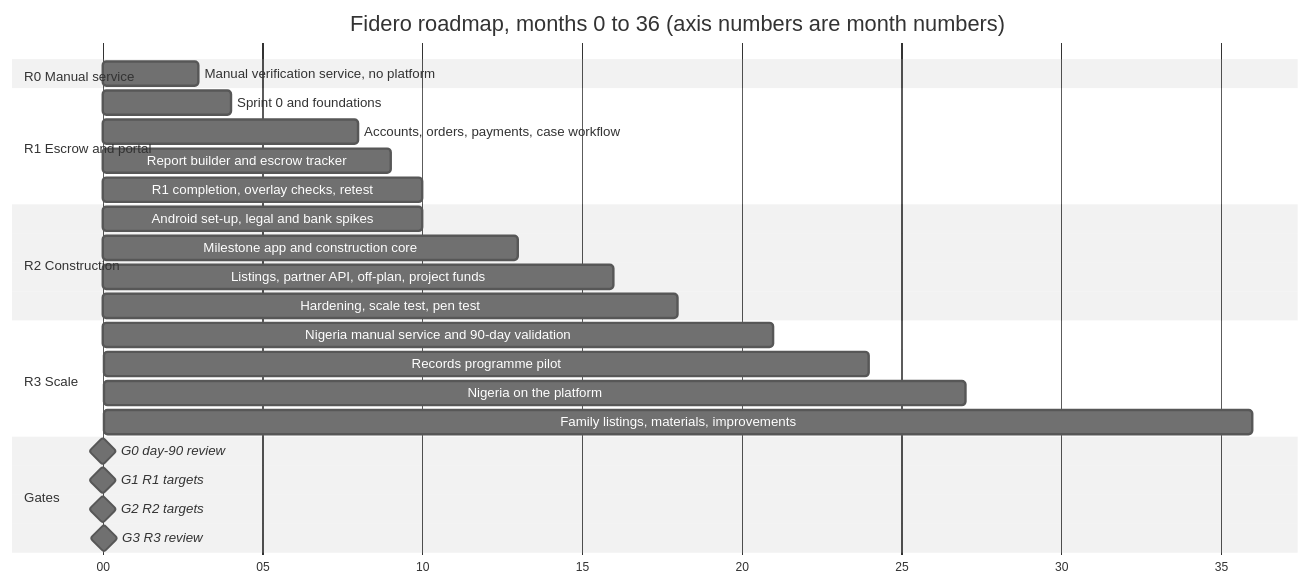
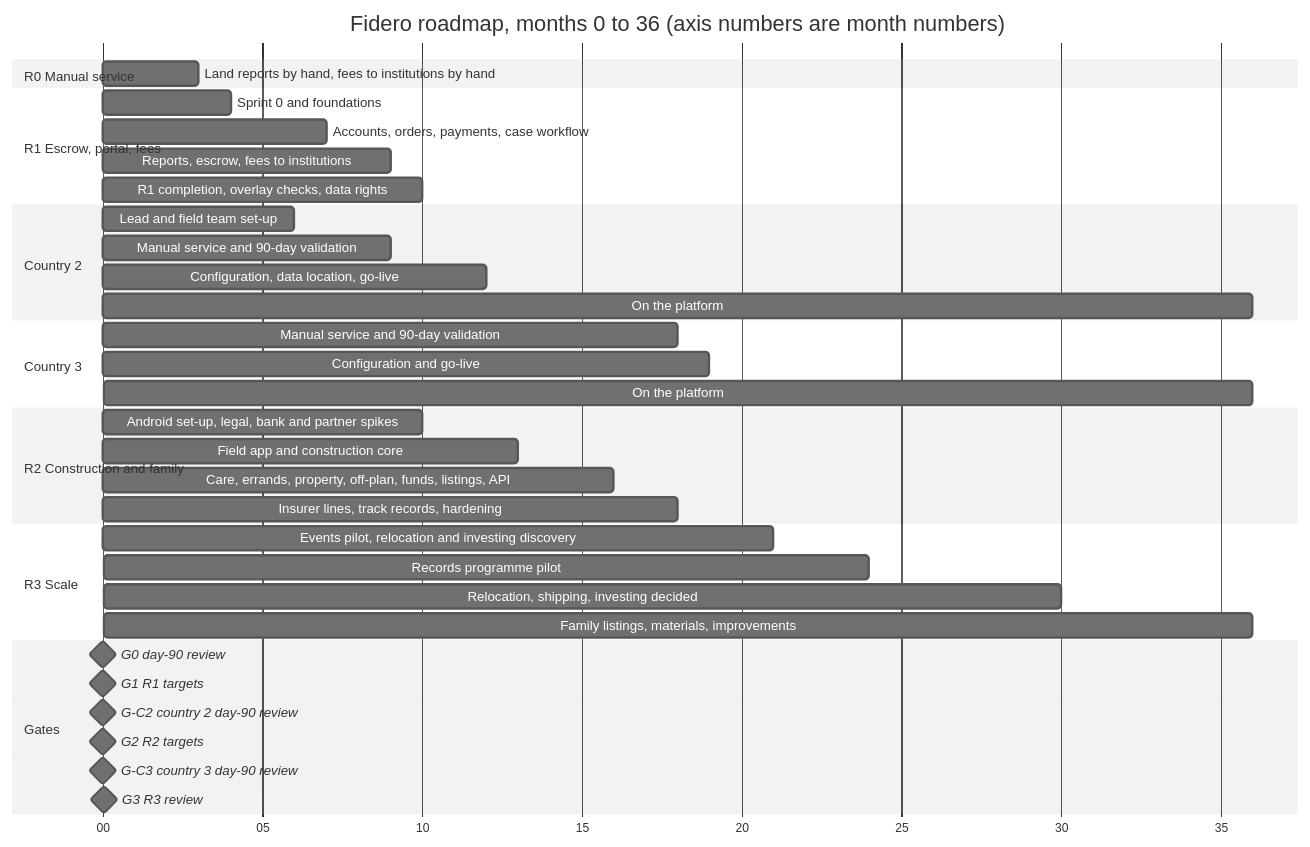
Before and after one commit to 1SteveMens/Fidero: the first of 2 diagrams in docs/specs/04-project-plan-and-backlog.md, drawn with Mermaid (neutral theme). The commit also changed other lines of this file and 1 other file, not shown here.

````diff
--- a/docs/specs/04-project-plan-and-backlog.md
+++ b/docs/specs/04-project-plan-and-backlog.md
@@ -108,29 +112,40 @@
 ```mermaid
 gantt
     title Fidero roadmap, months 0 to 36 (axis numbers are month numbers)
     dateFormat X
     axisFormat %S
     todayMarker off
     section R0 Manual service
-    Manual verification service, no platform       :r0, 0, 3
-    section R1 Escrow and portal
+    Land reports by hand, fees to institutions by hand   :r0, 0, 3
+    section R1 Escrow, portal, fees
     Sprint 0 and foundations                       :r1a, 3, 4
-    Accounts, orders, payments, case workflow      :r1b, 4, 8
-    Report builder and escrow tracker              :r1c, 8, 9
-    R1 completion, overlay checks, retest          :r1d, 9, 10
-    section R2 Construction
-    Android set-up, legal and bank spikes          :r2a, 9, 10
-    Milestone app and construction core            :r2b, 10, 13
-    Listings, partner API, off-plan, project funds :r2c, 13, 16
-    Hardening, scale test, pen test                :r2d, 16, 18
+    Accounts, orders, payments, case workflow      :r1b, 4, 7
+    Reports, escrow, fees to institutions          :r1c, 7, 9
+    R1 completion, overlay checks, data rights     :r1d, 9, 10
+    section Country 2
+    Lead and field team set-up                     :c2a, 5, 6
+    Manual service and 90-day validation           :c2b, 6, 9
+    Configuration, data location, go-live          :c2c, 10, 12
+    On the platform                                :c2d, 12, 36
+    section Country 3
+    Manual service and 90-day validation           :c3a, 15, 18
+    Configuration and go-live                      :c3b, 18, 19
+    On the platform                                :c3c, 19, 36
+    section R2 Construction and family
+    Android set-up, legal, bank and partner spikes :r2a, 9, 10
+    Field app and construction core                :r2b, 10, 13
+    Care, errands, property, off-plan, funds, listings, API :r2c, 13, 16
+    Insurer lines, track records, hardening        :r2d, 16, 18
     section R3 Scale
-    Nigeria manual service and 90-day validation   :r3a, 18, 21
+    Events pilot, relocation and investing discovery :r3a, 18, 21
     Records programme pilot                        :r3b, 21, 24
-    Nigeria on the platform                        :r3c, 24, 27
+    Relocation, shipping, investing decided        :r3c, 24, 30
     Family listings, materials, improvements       :r3d, 27, 36
     section Gates
     G0 day-90 review                               :milestone, g0, 3, 0d
     G1 R1 targets                                  :milestone, g1, 9, 0d
+    G-C2 country 2 day-90 review                   :milestone, gc2, 9, 0d
     G2 R2 targets                                  :milestone, g2, 18, 0d
+    G-C3 country 3 day-90 review                   :milestone, gc3, 18, 0d
     G3 R3 review                                   :milestone, g3, 36, 0d
 ```
````
